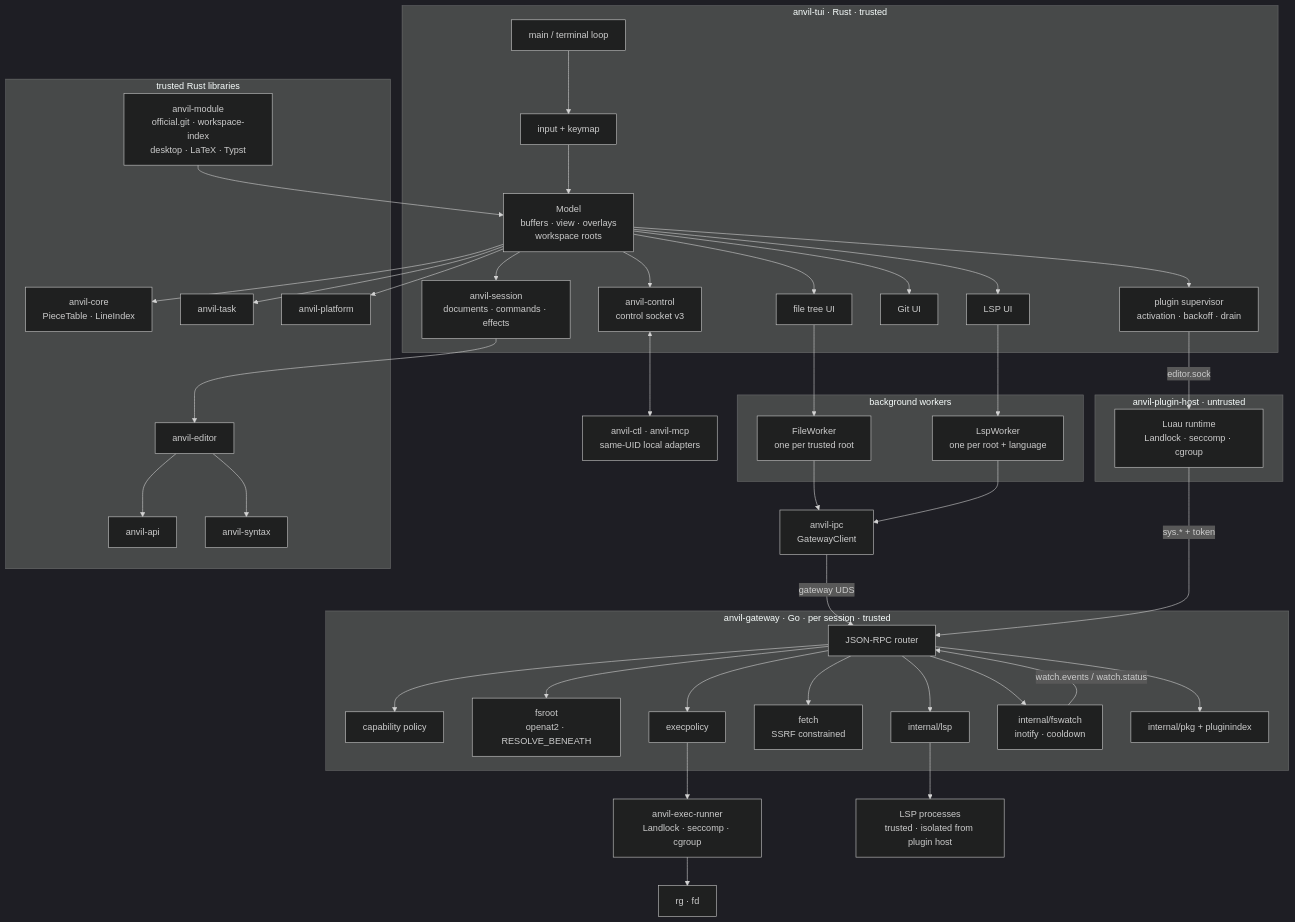
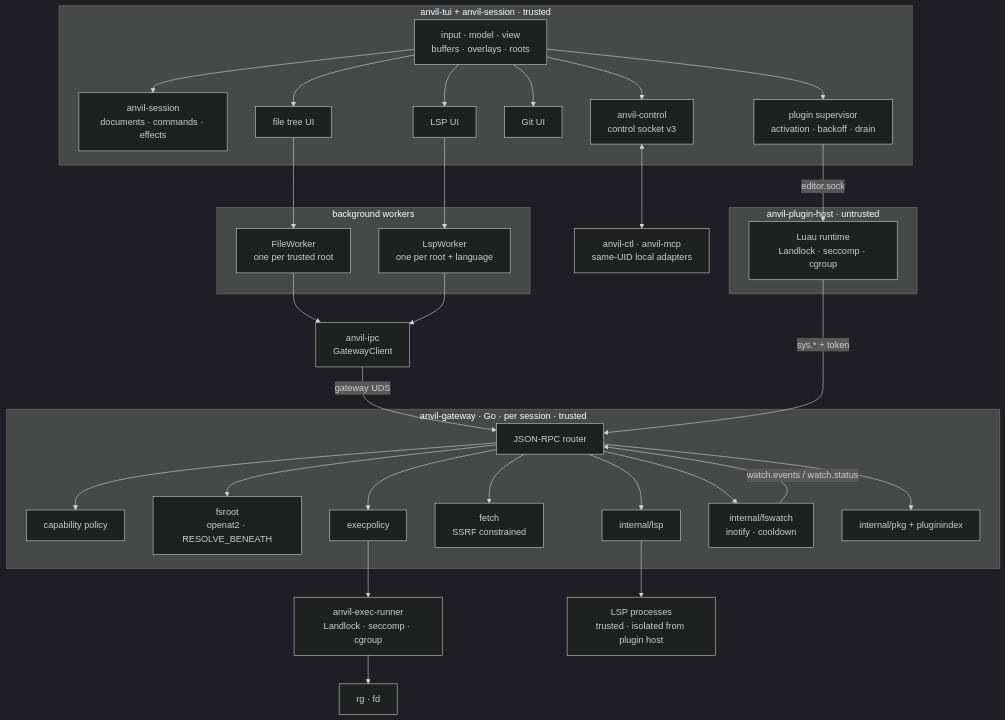
Before and after one commit to GBLMX/Anvil: the first of 5 diagrams in docs/architecture-visual.md, drawn with Mermaid (dark theme).

Commit message:
Simplify process architecture diagram
- Collapse the frontend fan-out into a readable process boundary.
- Keep gateway, workers, plugin host, and control-plane edges visible.
- Render-validated all five Mermaid diagrams with mermaid-cli.

````diff
--- a/docs/architecture-visual.md
+++ b/docs/architecture-visual.md
@@ -12,42 +12,20 @@
 ```mermaid
 flowchart TB
-    subgraph FRONTEND["anvil-tui · Rust · trusted"]
-        MAIN["main / terminal loop"]
-        INPUT["input + keymap"]
-        MODEL["Model<br/>buffers · view · overlays<br/>workspace roots"]
+    subgraph FRONTEND["anvil-tui + anvil-session · trusted"]
+        UI["input · model · view<br/>buffers · overlays · roots"]
         SESSION["anvil-session<br/>documents · commands · effects"]
         TREE["file tree UI"]
         LSPUI["LSP UI"]
         GITUI["Git UI"]
         PLUGINS["plugin supervisor<br/>activation · backoff · drain"]
         CONTROL["anvil-control<br/>control socket v3"]
-
-        MAIN --> INPUT --> MODEL
-        MODEL --> SESSION
-        MODEL --> TREE
-        MODEL --> LSPUI
-        MODEL --> GITUI
-        MODEL --> PLUGINS
-        MODEL --> CONTROL
+        UI --> SESSION
+        UI --> TREE
+        UI --> LSPUI
+        UI --> GITUI
+        UI --> PLUGINS
+        UI --> CONTROL
     end
-
-    subgraph LIBS["trusted Rust libraries"]
-        EDITOR["anvil-editor"]
-        CORE["anvil-core<br/>PieceTable · LineIndex"]
-        API["anvil-api"]
-        TASK["anvil-task"]
-        PLATFORM["anvil-platform"]
-        SYNTAX["anvil-syntax"]
-        MODULES["anvil-module<br/>official.git · workspace-index<br/>desktop · LaTeX · Typst"]
-    end
-
-    SESSION --> EDITOR
-    MODEL --> CORE
-    MODEL --> TASK
-    MODEL --> PLATFORM
-    EDITOR --> SYNTAX
-    EDITOR --> API
-    MODULES --> MODEL
 
     subgraph WORKERS["background workers"]
         FW["FileWorker<br/>one per trusted root"]
@@ -70,17 +48,16 @@
         LSPMGR["internal/lsp"]
         WATCH["internal/fswatch<br/>inotify · cooldown"]
         PKG["internal/pkg + pluginindex"]
+        ROUTER --> POLICY
+        ROUTER --> FS
+        ROUTER --> EXEC
+        ROUTER --> FETCH
+        ROUTER --> LSPMGR
+        ROUTER --> WATCH
+        ROUTER --> PKG
     end
 
     IPC -- gateway UDS --> ROUTER
-    ROUTER --> POLICY
-    ROUTER --> FS
-    ROUTER --> EXEC
-    ROUTER --> FETCH
-    ROUTER --> LSPMGR
-    ROUTER --> WATCH
-    ROUTER --> PKG
-
     EXEC --> RUNNER["anvil-exec-runner<br/>Landlock · seccomp · cgroup"]
     RUNNER --> TOOLS["rg · fd"]
     LSPMGR --> LS["LSP processes<br/>trusted · isolated from plugin host"]
````
